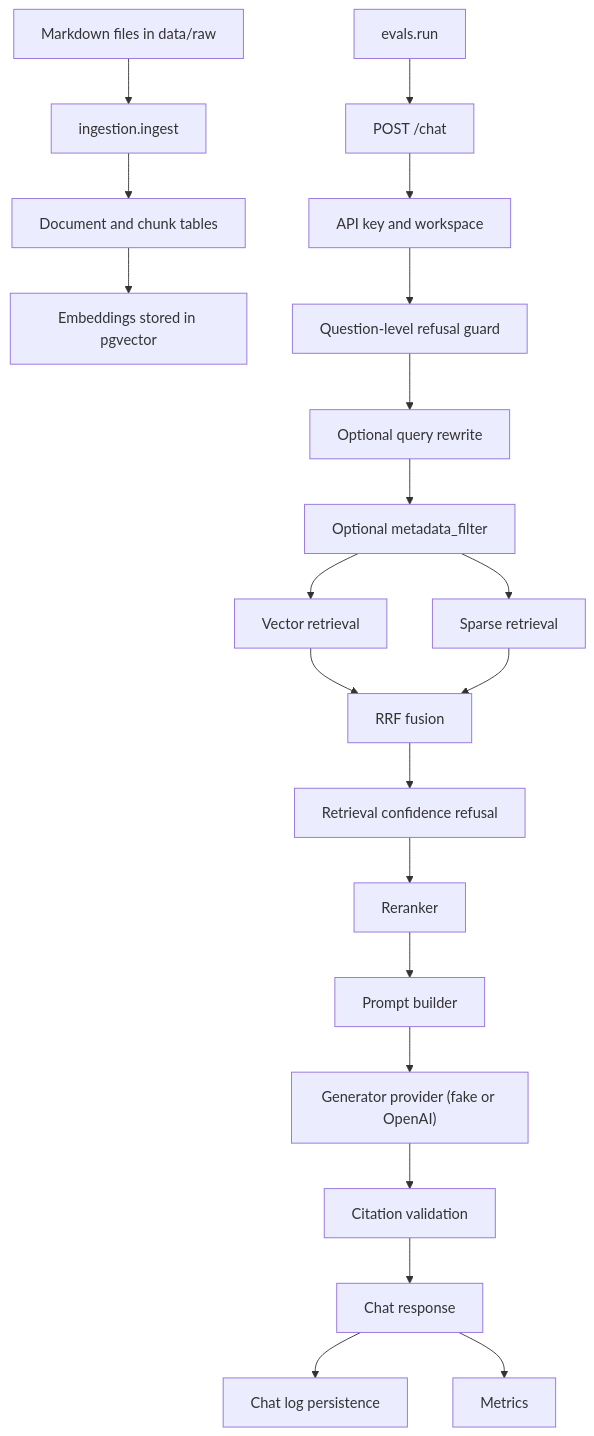
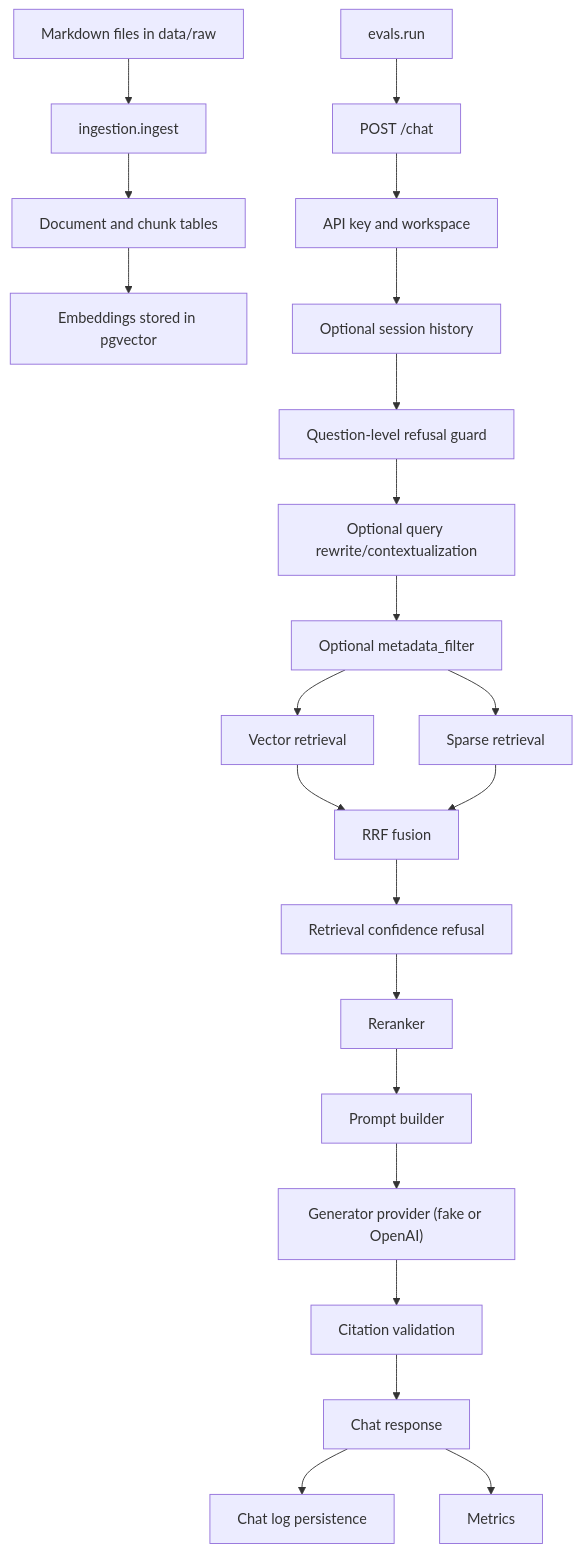
Before and after one commit to ictup/Production_RAG_Assistant: the diagram in docs/PROJECT_HANDOFF.md, drawn with Mermaid. The commit also changed other lines of this file and 12 other files, not shown here.

Commit message:
Add session history query contextualization

````diff
--- a/docs/PROJECT_HANDOFF.md
+++ b/docs/PROJECT_HANDOFF.md
@@ -987,23 +990,24 @@
 ```mermaid
 flowchart TD
     A["Markdown files in data/raw"] --> B["ingestion.ingest"]
     B --> C["Document and chunk tables"]
     C --> D["Embeddings stored in pgvector"]
     E["POST /chat"] --> F["API key and workspace"]
-    F --> G["Question-level refusal guard"]
-    G --> QR["Optional query rewrite"]
+    F --> HIST["Optional session history"]
+    HIST --> G["Question-level refusal guard"]
+    G --> QR["Optional query rewrite/contextualization"]
     QR --> MF["Optional metadata_filter"]
     MF --> H["Vector retrieval"]
     MF --> I["Sparse retrieval"]
     H --> J["RRF fusion"]
     I --> J
     J --> K["Retrieval confidence refusal"]
     K --> L["Reranker"]
     L --> M["Prompt builder"]
     M --> N["Generator provider (fake or OpenAI)"]
     N --> O["Citation validation"]
     O --> P["Chat response"]
     P --> Q["Chat log persistence"]
     P --> R["Metrics"]
     S["evals.run"] --> E
 ```
````
